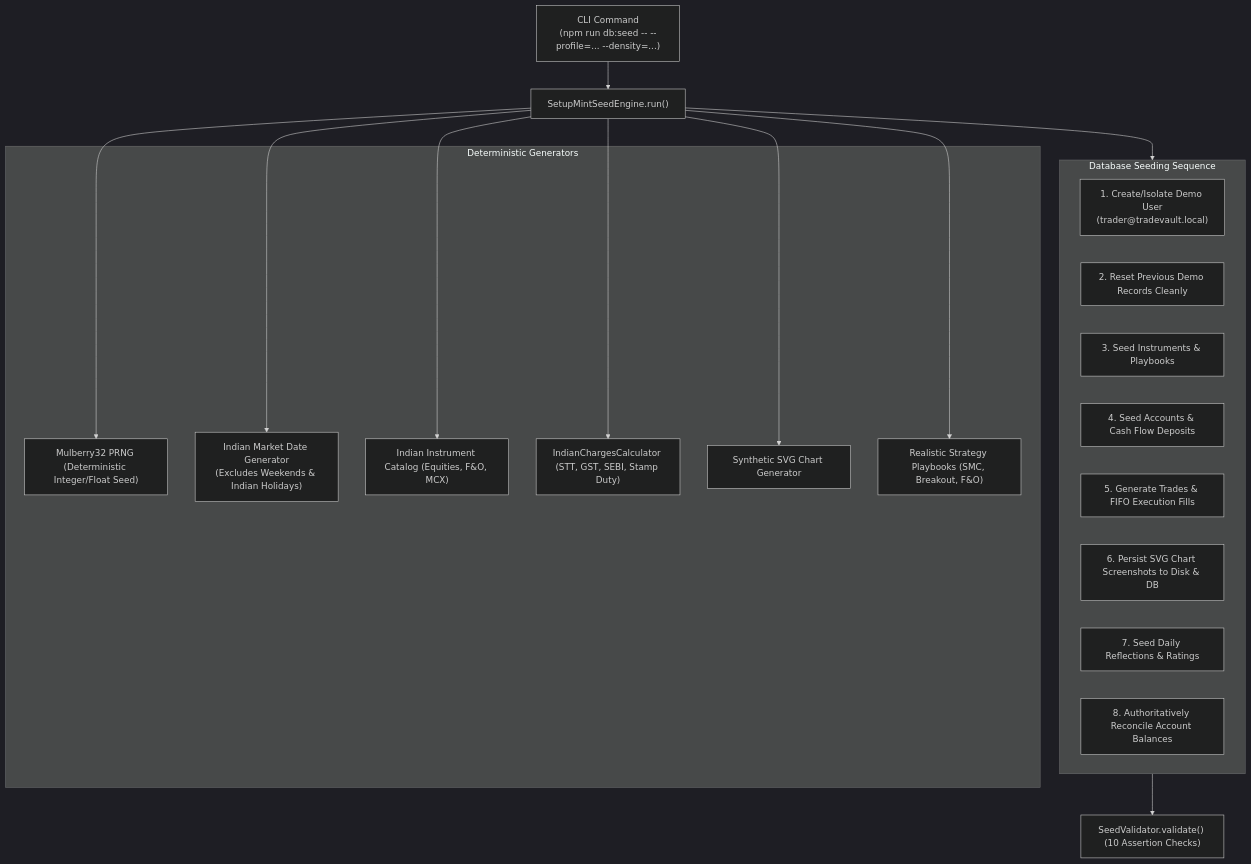
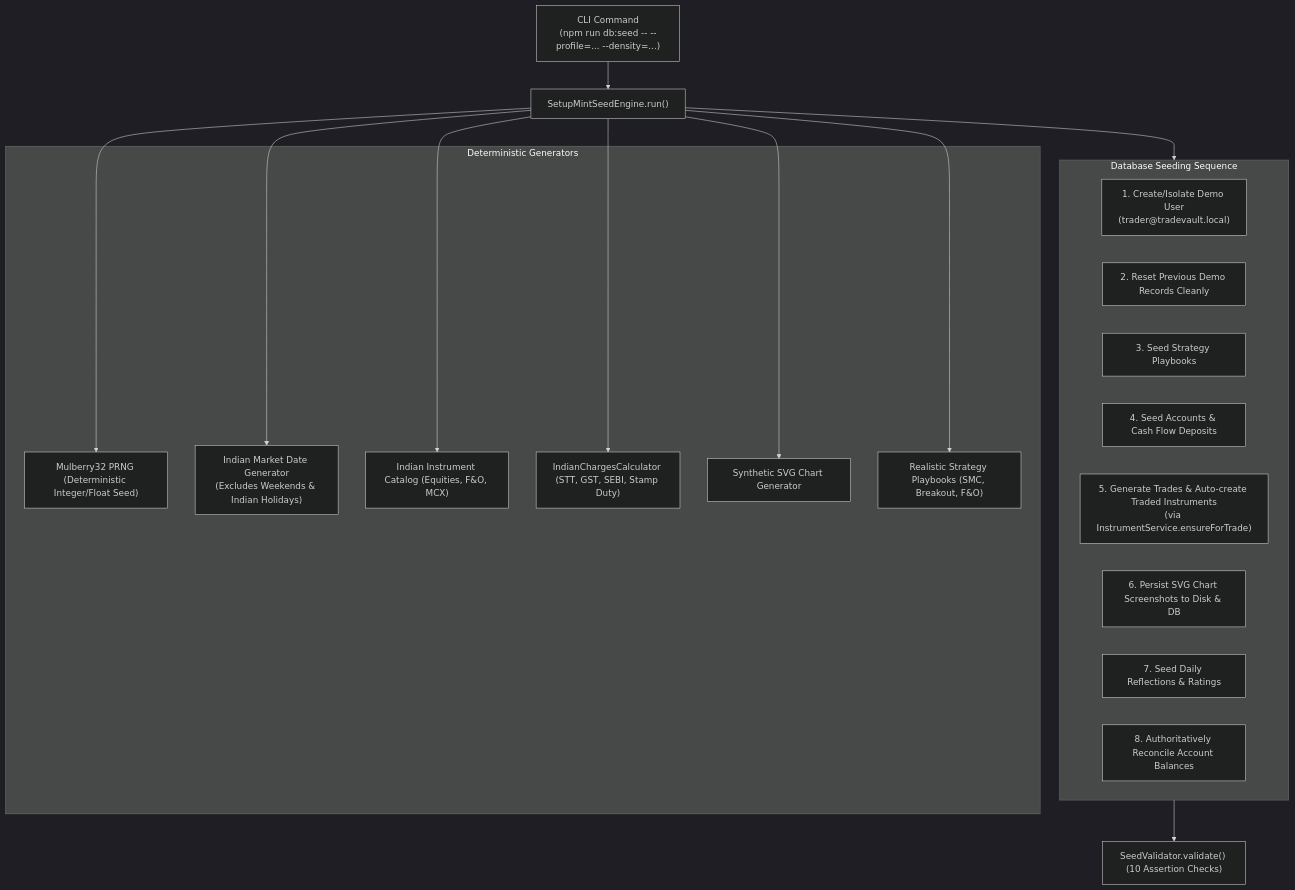
The diagram in docs/SEED_DATA_AND_DEMO_MODE.md (Rohsh00/SetupMint), drawn with Mermaid (dark theme) before and after one commit. The commit also changed other lines of this file and 29 other files, not shown here.

````diff
--- a/docs/SEED_DATA_AND_DEMO_MODE.md
+++ b/docs/SEED_DATA_AND_DEMO_MODE.md
@@ -14,34 +14,34 @@
 ```mermaid
 graph TD
     CLI["CLI Command\n(npm run db:seed -- --profile=... --density=...)"] --> Engine["SetupMintSeedEngine.run()"]
     
     subgraph Generators["Deterministic Generators"]
         PRNG["Mulberry32 PRNG (Deterministic Integer/Float Seed)"]
         DateGen["Indian Market Date Generator\n(Excludes Weekends & Indian Holidays)"]
         ScripCat["Indian Instrument Catalog (Equities, F&O, MCX)"]
         ChargesCalc["IndianChargesCalculator (STT, GST, SEBI, Stamp Duty)"]
         ChartGen["Synthetic SVG Chart Generator"]
         Playbooks["Realistic Strategy Playbooks (SMC, Breakout, F&O)"]
     end
 
     Engine --> PRNG
     Engine --> DateGen
     Engine --> ScripCat
     Engine --> ChargesCalc
     Engine --> ChartGen
     Engine --> Playbooks
 
     subgraph Seeding["Database Seeding Sequence"]
         UserSeed["1. Create/Isolate Demo User\n(trader@tradevault.local)"]
         CleanPrev["2. Reset Previous Demo Records Cleanly"]
-        InstSeed["3. Seed Instruments & Playbooks"]
+        PlaybookSeed["3. Seed Strategy Playbooks"]
         AccountSeed["4. Seed Accounts & Cash Flow Deposits"]
-        TradeSeed["5. Generate Trades & FIFO Execution Fills"]
+        TradeSeed["5. Generate Trades & Auto-create Traded Instruments\n(via InstrumentService.ensureForTrade)"]
         ChartSeed["6. Persist SVG Chart Screenshots to Disk & DB"]
         JournalSeed["7. Seed Daily Reflections & Ratings"]
         Reconcile["8. Authoritatively Reconcile Account Balances"]
     end
 
     Engine --> Seeding
     Seeding --> Validator["SeedValidator.validate() (10 Assertion Checks)"]
 ```
````
